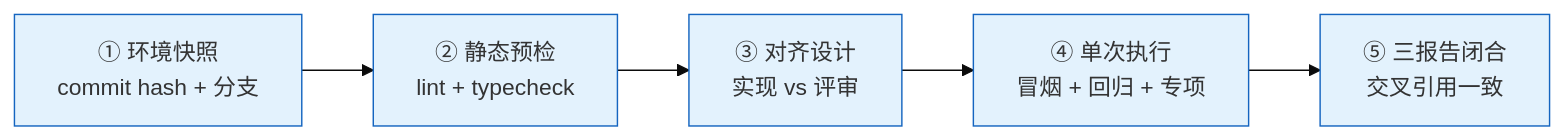
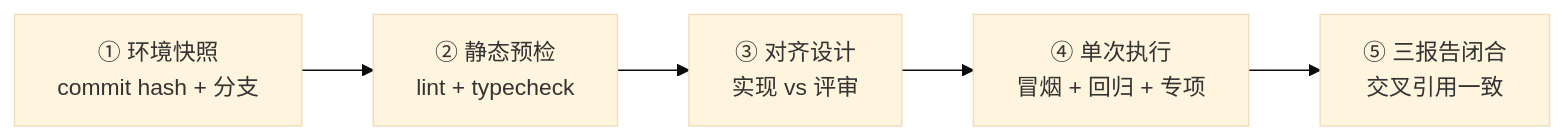
One commit to effiy/YrY changed the third of 7 diagrams in agents/tester.md. Above: the diagram before and after it, drawn with Mermaid (base theme). The commit also changed other lines of this file and 9 other files, not shown here.

````diff
--- a/agents/tester.md
+++ b/agents/tester.md
@@ -78,9 +67,8 @@
 ```mermaid
 flowchart LR
     S1["① 环境快照<br/>commit hash + 分支"]:::step --> S2["② 静态预检<br/>lint + typecheck"]:::step
     S2 --> S3["③ 对齐设计<br/>实现 vs 评审"]:::step
     S3 --> S4["④ 单次执行<br/>冒烟 + 回归 + 专项"]:::step
     S4 --> S5["⑤ 三报告闭合<br/>交叉引用一致"]:::step
 
-    classDef step fill:#e3f2fd,stroke:#1565c0;
 ```
````
